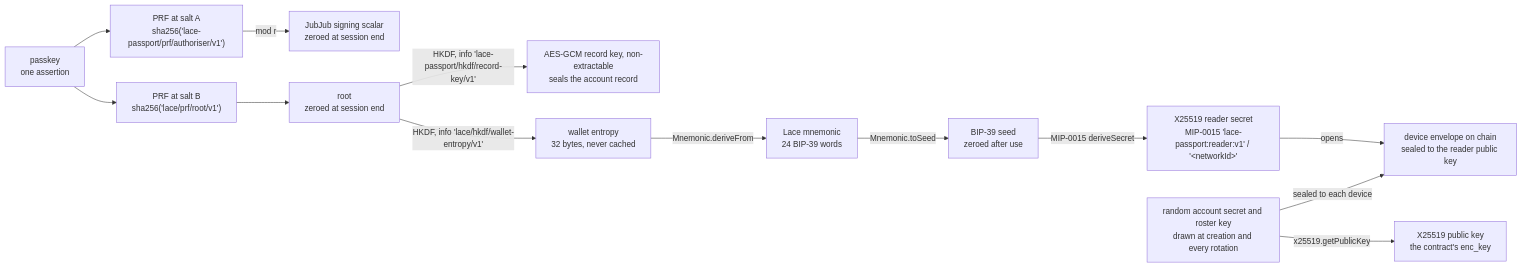
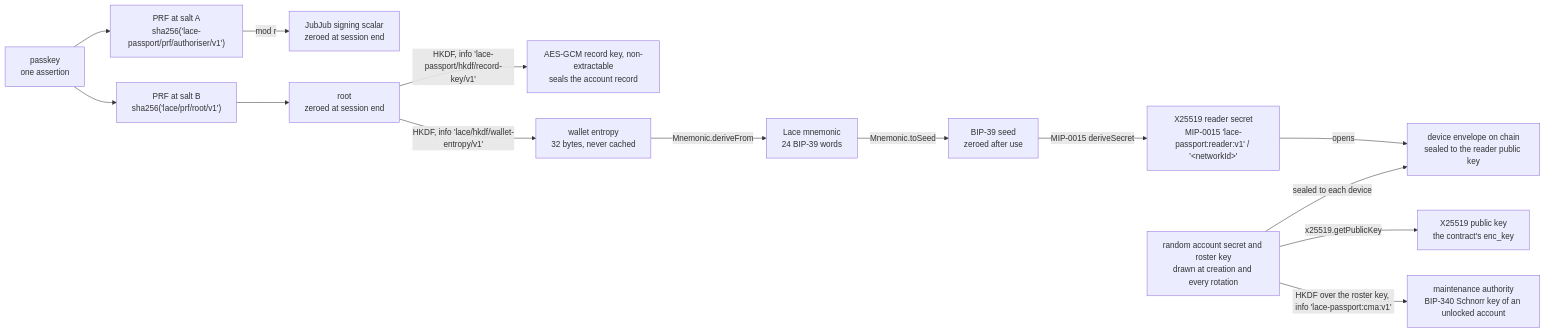
Before and after one commit to input-output-hk/lace-sdk: the second of 7 diagrams in packages/module/passport-account/README.md, drawn with Mermaid. The commit also changed other lines of this file and 84 other files, not shown here.

````diff
--- a/packages/module/passport-account/README.md
+++ b/packages/module/passport-account/README.md
@@ -242,28 +255,30 @@
 ```mermaid
 flowchart LR
     passkey["passkey<br/>one assertion"]
     saltA["PRF at salt A<br/>sha256('lace-passport/prf/authoriser/v1')"]
     saltB["PRF at salt B<br/>sha256('lace/prf/root/v1')"]
     signing["JubJub signing scalar<br/>zeroed at session end"]
     root["root<br/>zeroed at session end"]
     record["AES-GCM record key, non-extractable<br/>seals the account record"]
     entropy["wallet entropy<br/>32 bytes, never cached"]
     mnemonic["Lace mnemonic<br/>24 BIP-39 words"]
     seed["BIP-39 seed<br/>zeroed after use"]
     reader["X25519 reader secret<br/>MIP-0015 'lace-passport:reader:v1' / '&lt;networkId&gt;'"]
     random["random account secret and roster key<br/>drawn at creation and every rotation"]
     envelope["device envelope on chain<br/>sealed to the reader public key"]
     encPub["X25519 public key<br/>the contract's enc_key"]
+    authority["maintenance authority<br/>BIP-340 Schnorr key of an unlocked account"]
 
     passkey --> saltA & saltB
     saltA -- "mod r" --> signing
     saltB --> root
     root -- "HKDF, info 'lace-passport/hkdf/record-key/v1'" --> record
     root -- "HKDF, info 'lace/hkdf/wallet-entropy/v1'" --> entropy
     entropy -- "Mnemonic.deriveFrom" --> mnemonic
     mnemonic -- "Mnemonic.toSeed" --> seed
     seed -- "MIP-0015 deriveSecret" --> reader
     random -- "sealed to each device" --> envelope
     reader -- "opens" --> envelope
     random -- "x25519.getPublicKey" --> encPub
+    random -- "HKDF over the roster key, info 'lace-passport:cma:v1'" --> authority
 ```
````
